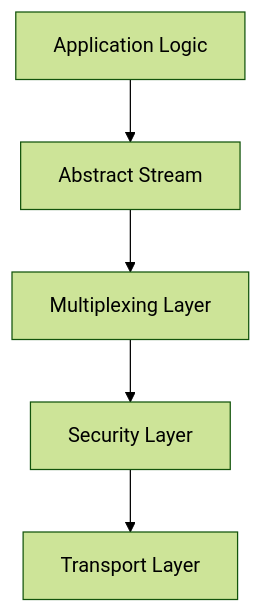
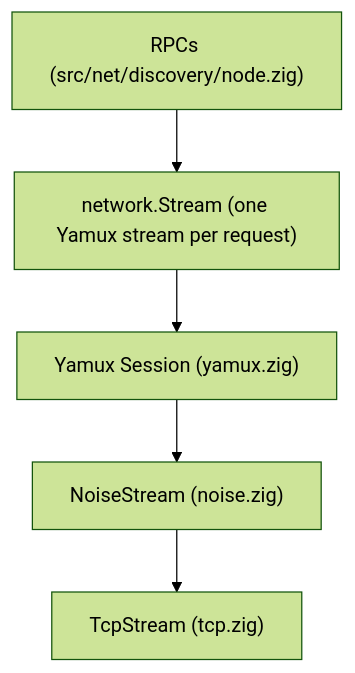
The diagram in learning/net/transport/overview.md (highercomve/nomadfs), drawn with Mermaid (forest theme) before and after one commit. The commit also changed other lines of this file and 44 other files, not shown here.

````diff
--- a/learning/net/transport/overview.md
+++ b/learning/net/transport/overview.md
@@ -9,7 +17,7 @@
 ```mermaid
 graph TD
-    App[Application Logic] --> Stream[Abstract Stream]
-    Stream --> Yamux[Multiplexing Layer]
-    Yamux --> Noise[Security Layer]
-    Noise --> TCP[Transport Layer]
+    App["RPCs (src/net/discovery/node.zig)"] --> Stream["network.Stream (one Yamux stream per request)"]
+    Stream --> Yamux["Yamux Session (yamux.zig)"]
+    Yamux --> Noise["NoiseStream (noise.zig)"]
+    Noise --> TCP["TcpStream (tcp.zig)"]
 ```
````
